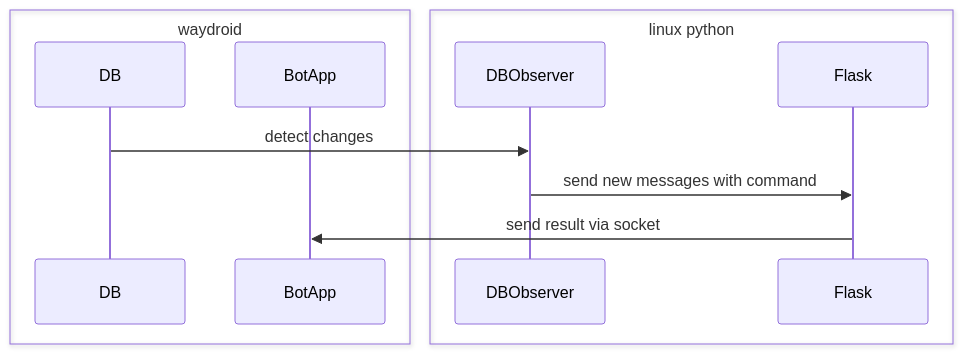
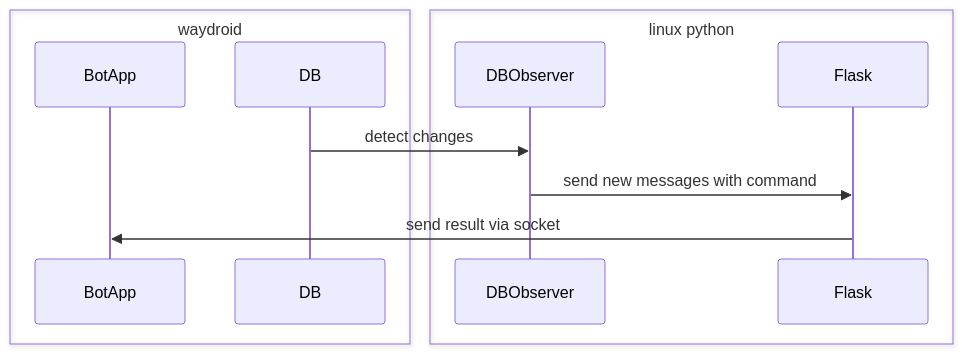
The diagram in README.md (dolidolih/PyKakaoDBBot), drawn with Mermaid before and after one commit. The commit also changed other lines of this file, not shown here.

````diff
--- a/README.md
+++ b/README.md
@@ -66,14 +66,14 @@
 ```mermaid
 sequenceDiagram
     box waydroid
+    participant BotApp
     participant DB
-    participant BotApp
     end
     box linux python
     participant DBObserver
     participant Flask
     end
     DB->>DBObserver: detect changes
     DBObserver->>Flask: send new messages with command
     Flask->>BotApp:send result via socket
 ```
````
